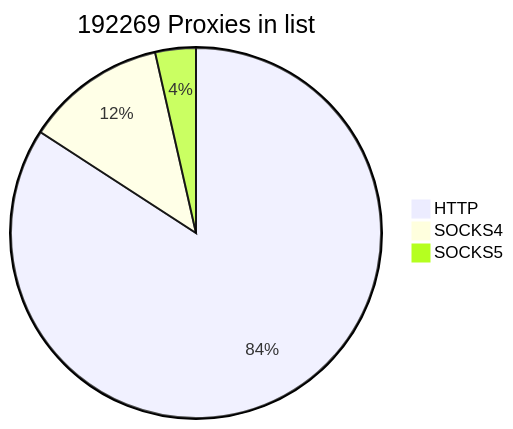
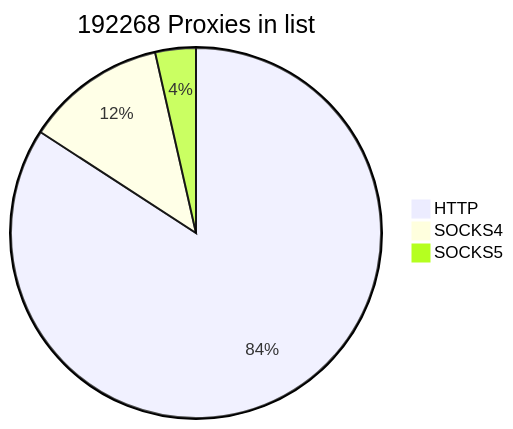
The first of 2 diagrams in README.md (cutipu/proxylist), drawn with Mermaid before and after one commit. The commit also changed other lines of this file, not shown here.

````diff
--- a/README.md
+++ b/README.md
@@ -2,7 +2,7 @@
 ```mermaid
-pie title 192269 Proxies in list
-    "HTTP" : 161816
+pie title 192268 Proxies in list
+    "HTTP" : 161817
     "SOCKS4" : 23632
-    "SOCKS5" : 6821
+    "SOCKS5" : 6819
             
 ```
````
